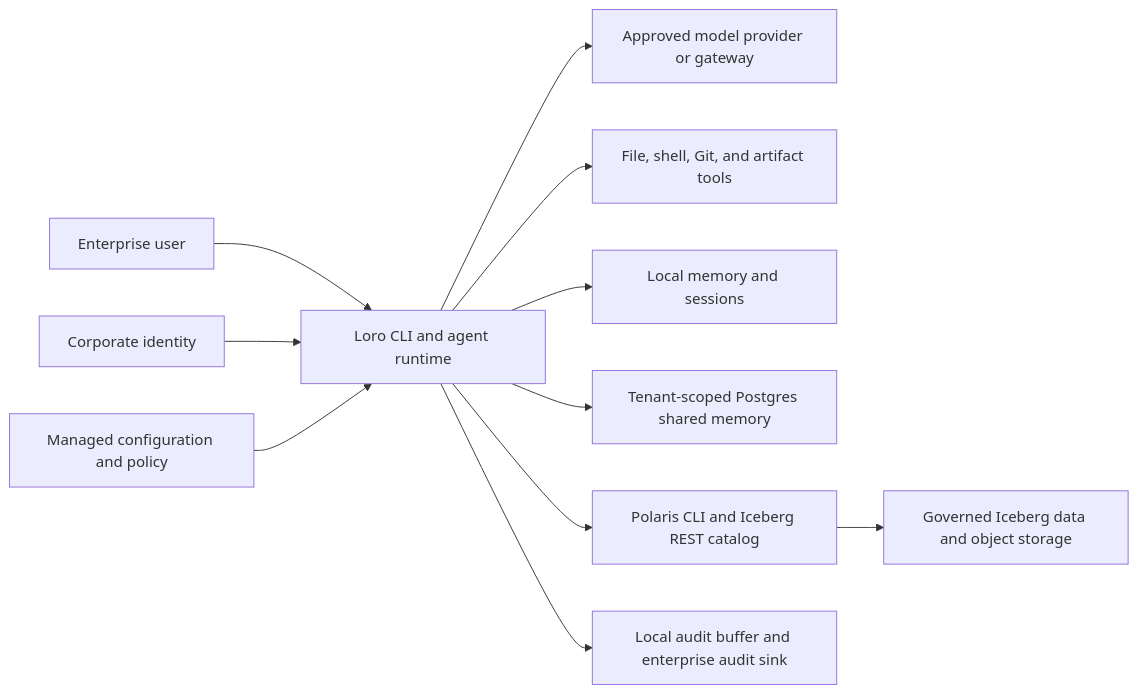
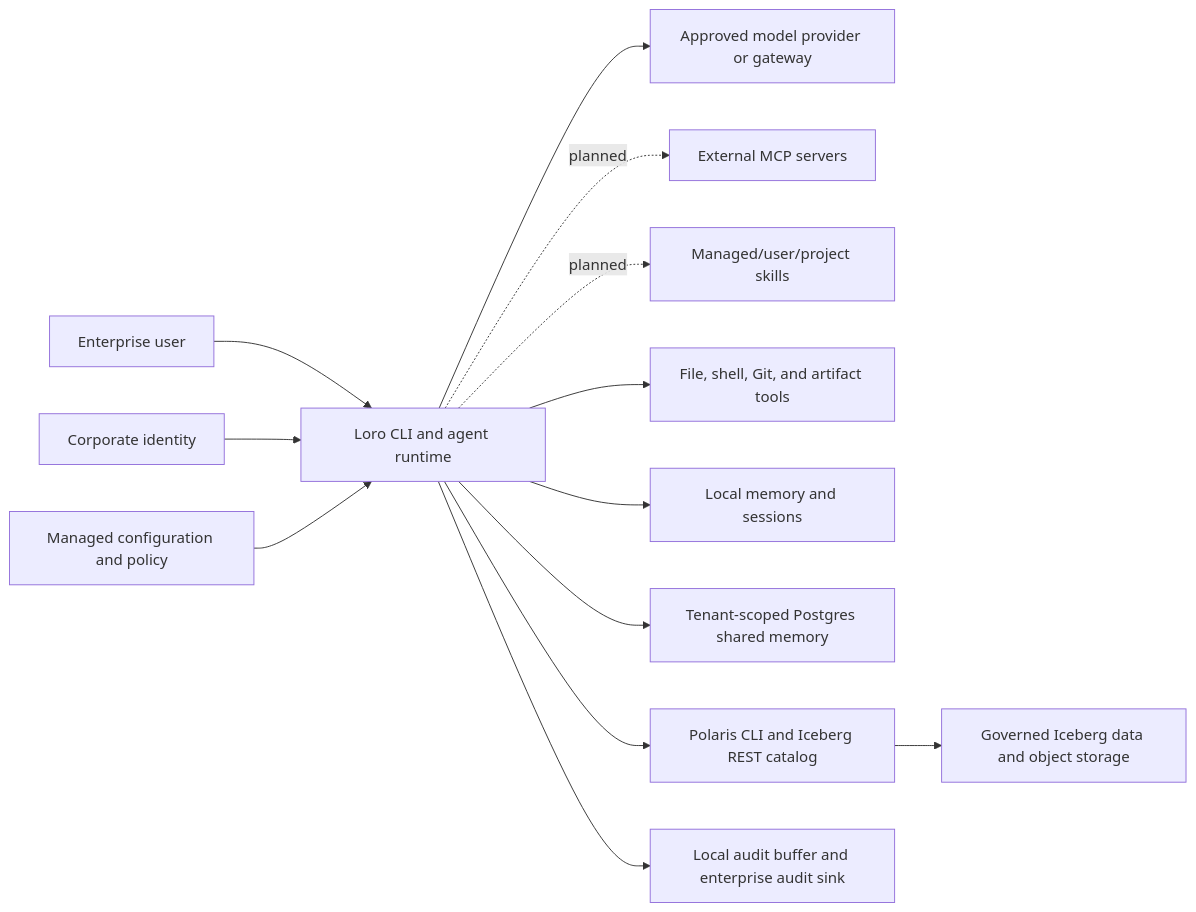
Before and after one commit to alexmerced-oss/loro: the diagram in docs/threat-model.md, drawn with Mermaid. The commit also changed other lines of this file and 8 other files, not shown here.

Commit message:
Document dual-era MCP and Agent Skills roadmap

````diff
--- a/docs/threat-model.md
+++ b/docs/threat-model.md
@@ -33,13 +33,15 @@
 ```mermaid
 flowchart LR
     U["Enterprise user"] --> CLI["Loro CLI and agent runtime"]
     IDP["Corporate identity"] --> CLI
     CFG["Managed configuration and policy"] --> CLI
     CLI --> P["Approved model provider or gateway"]
+    CLI -. planned .-> MCP["External MCP servers"]
+    CLI -. planned .-> SK["Managed/user/project skills"]
     CLI --> T["File, shell, Git, and artifact tools"]
     CLI --> LM["Local memory and sessions"]
     CLI --> PG["Tenant-scoped Postgres shared memory"]
     CLI --> PC["Polaris CLI and Iceberg REST catalog"]
     PC --> ICE["Governed Iceberg data and object storage"]
     CLI --> AUD["Local audit buffer and enterprise audit sink"]
 ```
````
